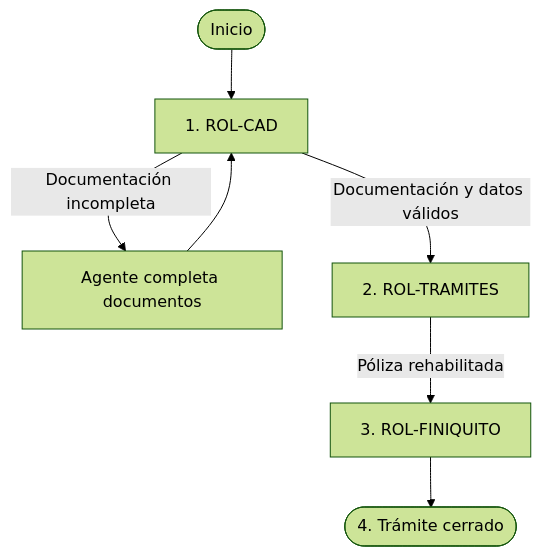
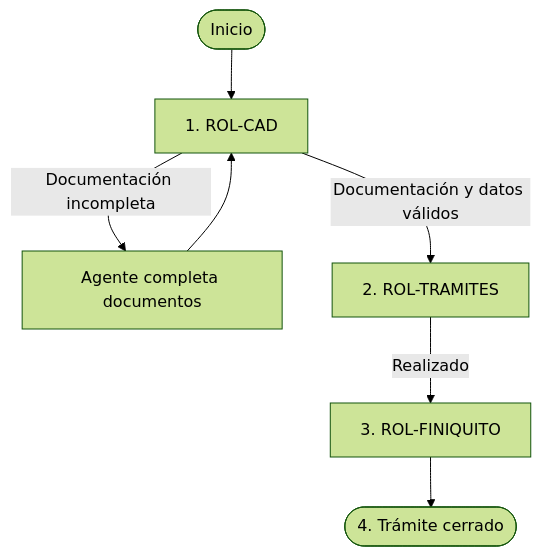
One commit to LuisPignataro/Tramites-Docs changed the diagram in docs/tramites/generico_en_sede.md. Above: the diagram before and after it, drawn with Mermaid (forest theme). The commit also changed other lines of this file and 2 other files, not shown here.

Commit message:
chore: correcciones sobre tramites genericos

````diff
--- a/docs/tramites/generico_en_sede.md
+++ b/docs/tramites/generico_en_sede.md
@@ -56,9 +56,9 @@
 ```mermaid
 flowchart TD
   INICIO(["Inicio"]) --> CAD["1. ROL-CAD"]
   CAD -->|"Documentación incompleta"| AGENTE["Agente completa documentos"]
   AGENTE --> CAD
   CAD -->|"Documentación y datos válidos"| TRAMITES["2. ROL-TRAMITES"]
-  TRAMITES -->|"Póliza rehabilitada"| FINIQUITO["3. ROL-FINIQUITO"]
+  TRAMITES -->|"Realizado"| FINIQUITO["3. ROL-FINIQUITO"]
   FINIQUITO --> CIERRE(["4. Trámite cerrado"])
 ```
````
